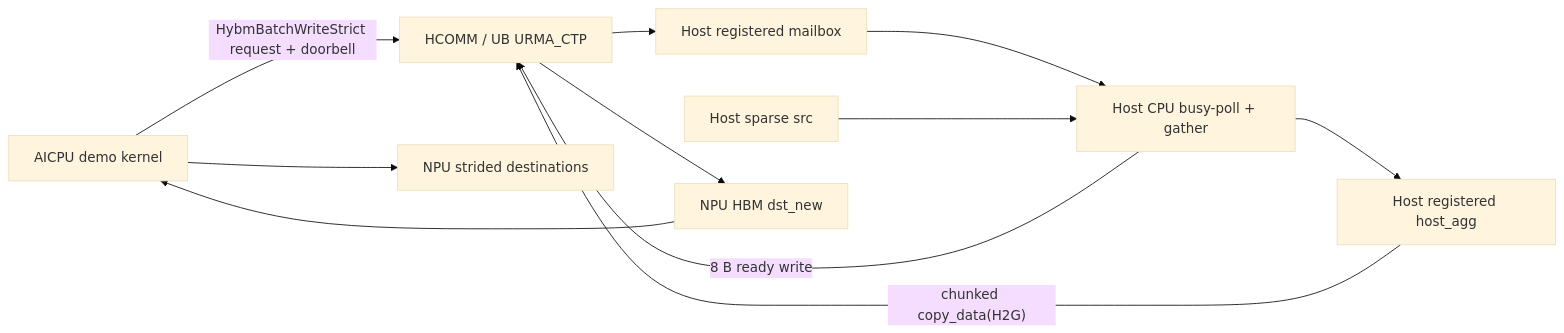
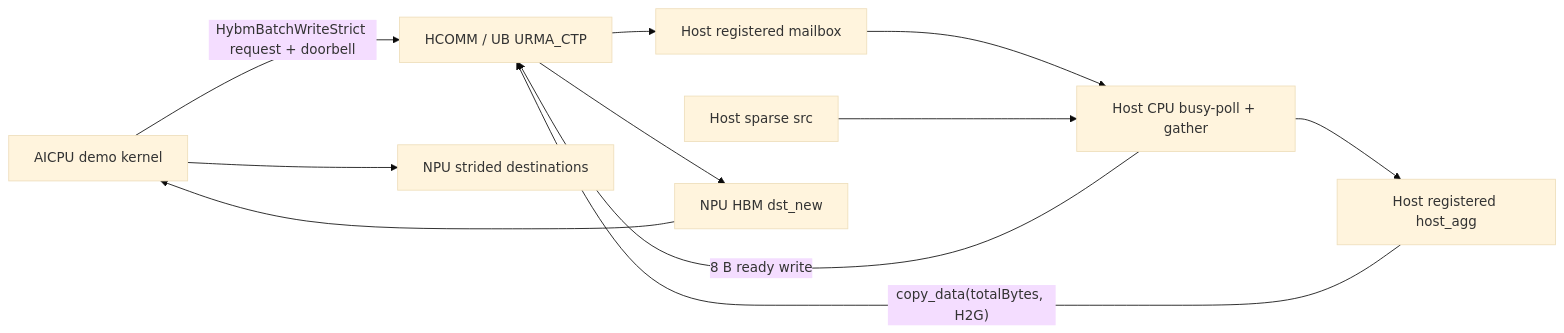
Before and after one commit to etru-177/memfabric_hybrid: the first of 2 diagrams in docs/host_aggregate_urma_ctp_scatter_demo_design.md, drawn with Mermaid (base theme). The commit also changed other lines of this file and 2 other files, not shown here.

````diff
--- a/docs/host_aggregate_urma_ctp_scatter_demo_design.md
+++ b/docs/host_aggregate_urma_ctp_scatter_demo_design.md
@@ -143,13 +142,13 @@
 ```mermaid
 flowchart LR
     A["AICPU demo kernel"] -->|"HybmBatchWriteStrict request + doorbell"| U["HCOMM / UB URMA_CTP"]
     U --> M["Host registered mailbox"]
     M --> C["Host CPU busy-poll + gather"]
     S["Host sparse src"] --> C
     C --> G["Host registered host_agg"]
-    G -->|"chunked copy_data(H2G)"| U
+    G -->|"copy_data(totalBytes, H2G)"| U
     U --> N["NPU HBM dst_new"]
     C -->|"8 B ready write"| U
     N --> A
     A --> D["NPU strided destinations"]
 ```
````
